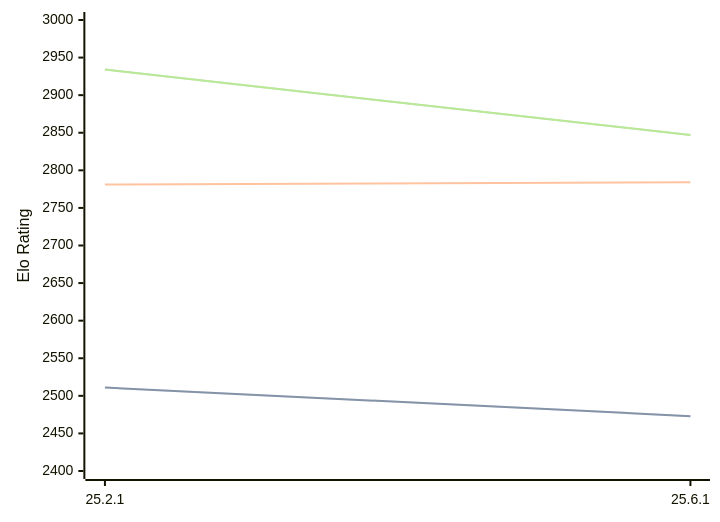
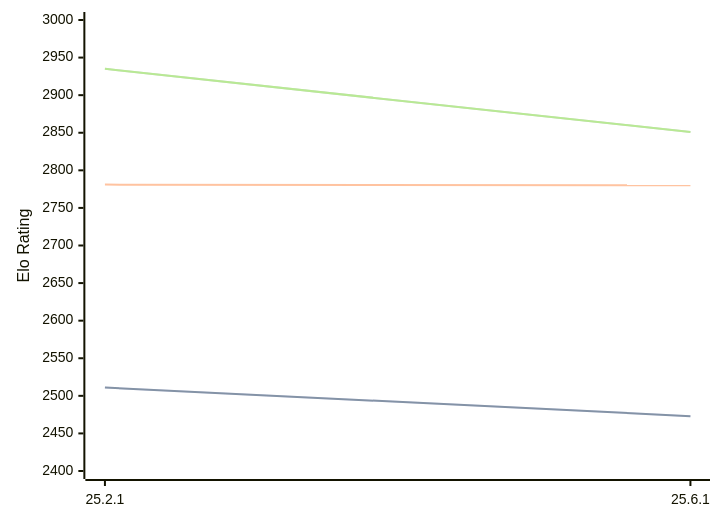
The diagram in engines/Crafty.md (computer-chess-index/cci), drawn with Mermaid before and after one commit. The commit also changed other lines of this file, not shown here.

Commit message:
Update CCI Ratings (ELO VLTC) - 2026-09-13

````diff
--- a/engines/Crafty.md
+++ b/engines/Crafty.md
@@ -32,11 +32,11 @@
 ```mermaid
 %%{init: {"theme":"base","themeVariables":{"seriesColors:['#a3a3a3','#222221','#faa371']}}}%%
 xychart-beta
   x-axis ["25.2.1", "25.6.1"]
   y-axis "Elo Rating" 2400 --> 3000
   line "" [2511, 2473]
   line "STC (8.0+0.08s)" [2511, 2473]
-  line "LTC (60.0+0.60s)" [2781, 2784]
-  line "" [2934, 2847]
-  line "VLTC (2m24s+1.12s)" [2934, 2847]
+  line "LTC (60.0+0.60s)" [2781, 2780]
+  line "" [2935, 2851]
+  line "VLTC (2m24s+1.12s)" [2935, 2851]
 ```
````
